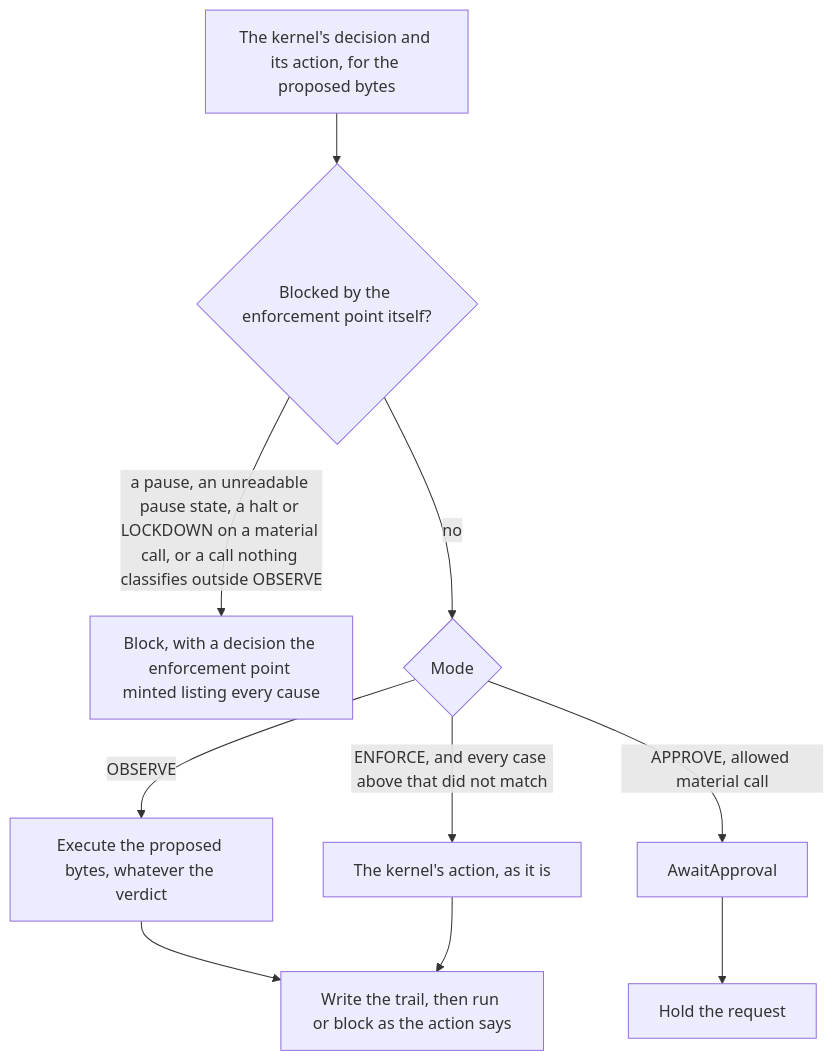
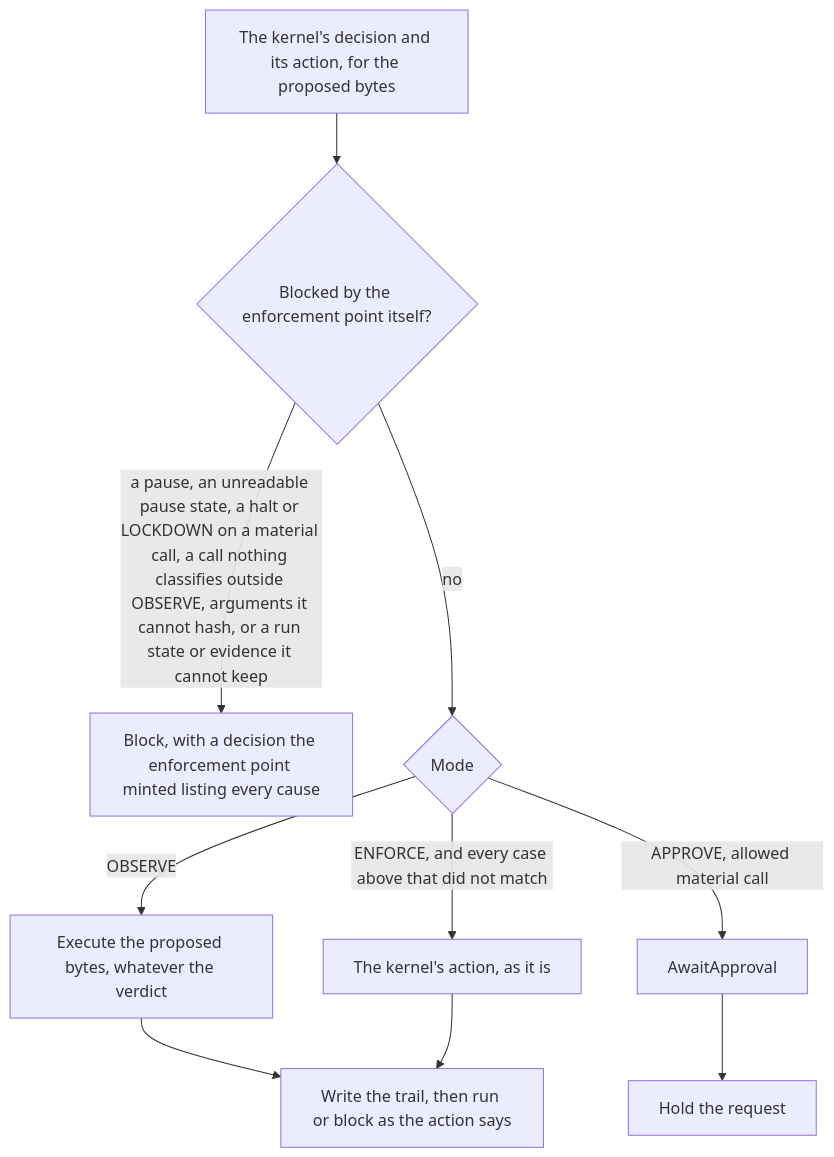
Before and after one commit to guardana/control: the diagram in docs/concepts/enforcement-modes.md, drawn with Mermaid. The commit also changed 42 other files, not shown here.

````diff
--- a/docs/concepts/enforcement-modes.md
+++ b/docs/concepts/enforcement-modes.md
@@ -21,14 +21,14 @@
 ```mermaid
 flowchart TD
     accTitle: Where the mode is applied
     accDescr: A call the enforcement point blocks for its own causes is blocked in every mode; otherwise OBSERVE executes the proposed bytes, APPROVE holds an allowed material call, ENFORCE applies the kernel's action, and the trail is written before anything runs.
     K["The kernel's decision and its action, for the proposed bytes"] --> P{"Blocked by the enforcement point itself?"}
-    P -->|a pause, an unreadable pause state, a halt or LOCKDOWN on a material call, or a call nothing classifies outside OBSERVE| B["Block, with a decision the enforcement point minted listing every cause"]
+    P -->|a pause, an unreadable pause state, a halt or LOCKDOWN on a material call, a call nothing classifies outside OBSERVE, arguments it cannot hash, or a run state or evidence it cannot keep| B["Block, with a decision the enforcement point minted listing every cause"]
     P -->|no| M{"Mode"}
     M -->|OBSERVE| X["Execute the proposed bytes, whatever the verdict"]
     M -->|APPROVE, allowed material call| A["AwaitApproval"]
     M -->|ENFORCE, and every case above that did not match| D["The kernel's action, as it is"]
     X --> W["Write the trail, then run or block as the action says"]
     D --> W
     A --> H["Hold the request"]
 ```
````
